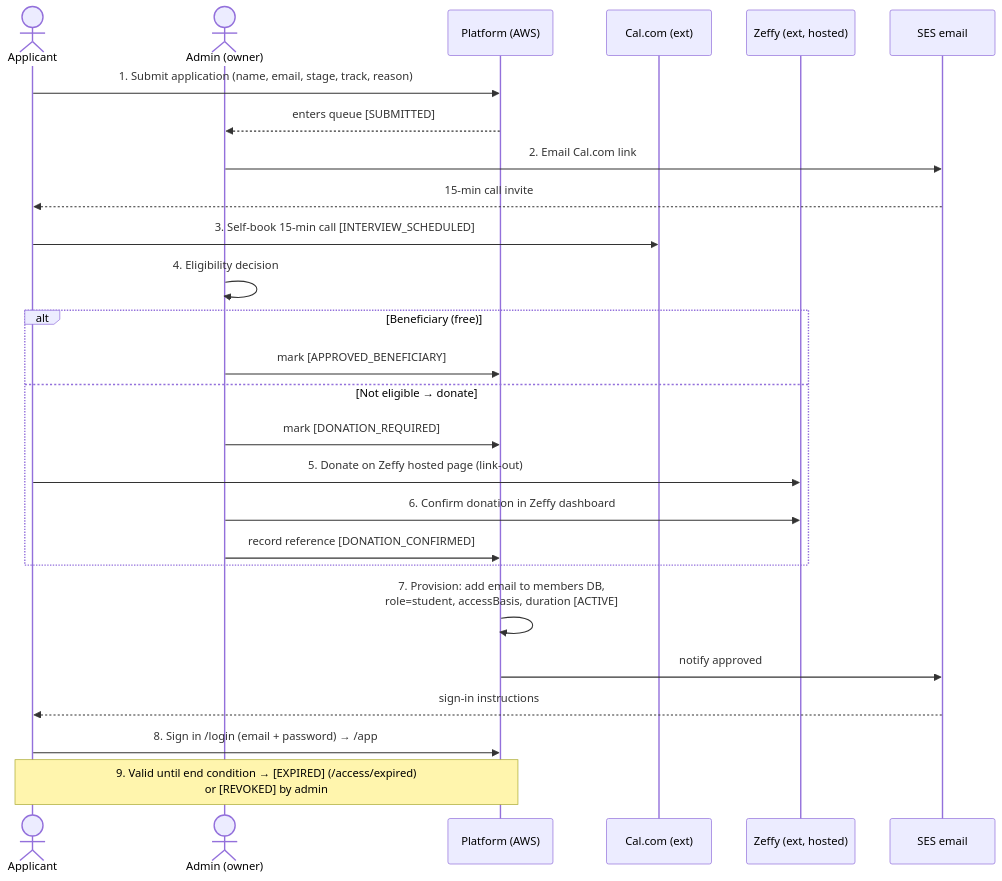
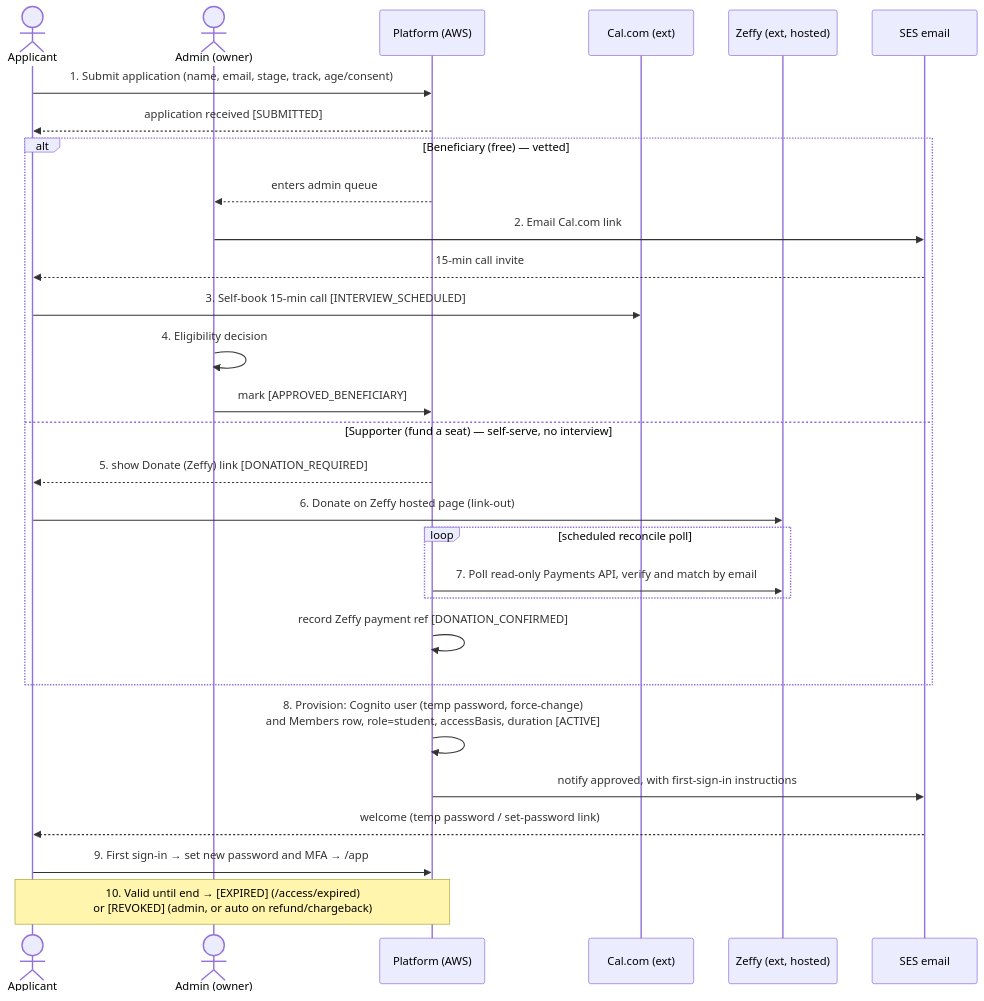
Before and after one commit to tccao/stem-career-path-ai-era: the third of 3 diagrams in docs/Customer-Journey.md, drawn with Mermaid. The commit also changed other lines of this file and 7 other files, not shown here.

First line of the commit message:
Refactor Service Tradeoff Analysis and Well-Architected Review documentation

````diff
--- a/docs/Customer-Journey.md
+++ b/docs/Customer-Journey.md
@@ -183,31 +191,34 @@
 ```mermaid
 sequenceDiagram
     actor A as Applicant
     actor Ad as Admin (owner)
     participant Sys as Platform (AWS)
     participant Cal as Cal.com (ext)
     participant Pay as Zeffy (ext, hosted)
     participant Mail as SES email
 
-    A->>Sys: 1. Submit application (name, email, stage, track, reason)
-    Sys-->>Ad: enters queue [SUBMITTED]
-    Ad->>Mail: 2. Email Cal.com link
-    Mail-->>A: 15-min call invite
-    A->>Cal: 3. Self-book 15-min call [INTERVIEW_SCHEDULED]
-    Ad->>Ad: 4. Eligibility decision
+    A->>Sys: 1. Submit application (name, email, stage, track, age/consent)
+    Sys-->>A: application received [SUBMITTED]
 
-    alt Beneficiary (free)
+    alt Beneficiary (free) — vetted
+        Sys-->>Ad: enters admin queue
+        Ad->>Mail: 2. Email Cal.com link
+        Mail-->>A: 15-min call invite
+        A->>Cal: 3. Self-book 15-min call [INTERVIEW_SCHEDULED]
+        Ad->>Ad: 4. Eligibility decision
         Ad->>Sys: mark [APPROVED_BENEFICIARY]
-    else Not eligible → donate
-        Ad->>Sys: mark [DONATION_REQUIRED]
-        A->>Pay: 5. Donate on Zeffy hosted page (link-out)
-        Ad->>Pay: 6. Confirm donation in Zeffy dashboard
-        Ad->>Sys: record reference [DONATION_CONFIRMED]
+    else Supporter (fund a seat) — self-serve, no interview
+        Sys-->>A: 5. show Donate (Zeffy) link [DONATION_REQUIRED]
+        A->>Pay: 6. Donate on Zeffy hosted page (link-out)
+        loop scheduled reconcile poll
+            Sys->>Pay: 7. Poll read-only Payments API, verify and match by email
+        end
+        Sys->>Sys: record Zeffy payment ref [DONATION_CONFIRMED]
     end
 
-    Sys->>Sys: 7. Provision: add email to members DB,<br/>role=student, accessBasis, duration [ACTIVE]
-    Sys->>Mail: notify approved
-    Mail-->>A: sign-in instructions
-    A->>Sys: 8. Sign in /login (email + password) → /app
-    Note over A,Sys: 9. Valid until end condition → [EXPIRED] (/access/expired)<br/>or [REVOKED] by admin
+    Sys->>Sys: 8. Provision: Cognito user (temp password, force-change)<br/>and Members row, role=student, accessBasis, duration [ACTIVE]
+    Sys->>Mail: notify approved, with first-sign-in instructions
+    Mail-->>A: welcome (temp password / set-password link)
+    A->>Sys: 9. First sign-in → set new password and MFA → /app
+    Note over A,Sys: 10. Valid until end → [EXPIRED] (/access/expired)<br/>or [REVOKED] (admin, or auto on refund/chargeback)
 ```
````
